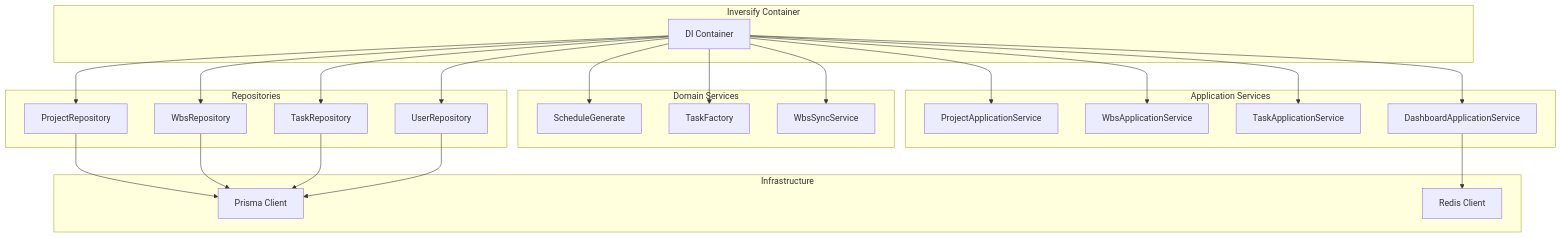
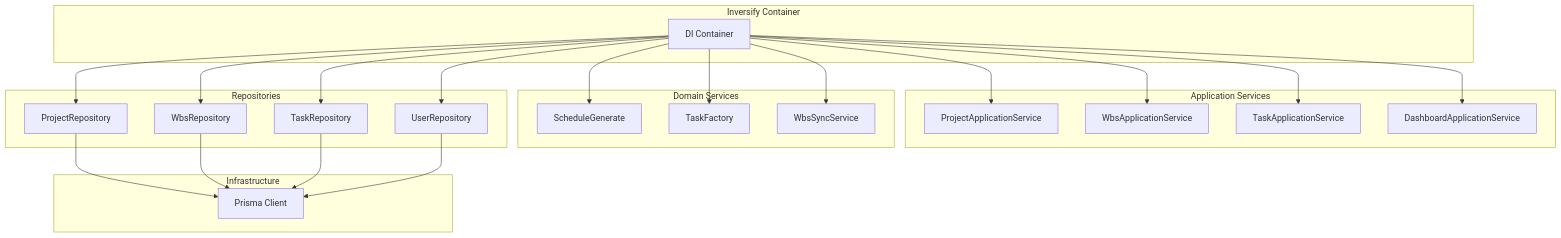
Before and after one commit to yasudaProduct/project-managed-app: the eighth of 12 diagrams in docs/07-system-architecture.md, drawn with Mermaid. The commit also changed other lines of this file and 5 other files, not shown here.

````diff
--- a/docs/07-system-architecture.md
+++ b/docs/07-system-architecture.md
@@ -328,48 +325,46 @@
 ```mermaid
 graph TD
     subgraph "Inversify Container"
         Container[DI Container]
     end
 
     subgraph "Application Services"
         ProjectApp[ProjectApplicationService]
         WbsApp[WbsApplicationService]
         TaskApp[TaskApplicationService]
         DashboardApp[DashboardApplicationService]
     end
 
     subgraph "Domain Services"
         ScheduleGen[ScheduleGenerate]
         TaskFactory[TaskFactory]
         WbsSync[WbsSyncService]
     end
 
     subgraph "Repositories"
         ProjectRepo[ProjectRepository]
         WbsRepo[WbsRepository]
         TaskRepo[TaskRepository]
         UserRepo[UserRepository]
     end
 
     subgraph "Infrastructure"
         Prisma[Prisma Client]
-        Redis[Redis Client]
     end
 
     Container --> ProjectApp
     Container --> WbsApp
     Container --> TaskApp
     Container --> DashboardApp
     Container --> ScheduleGen
     Container --> TaskFactory
     Container --> WbsSync
     Container --> ProjectRepo
     Container --> WbsRepo
     Container --> TaskRepo
     Container --> UserRepo
     ProjectRepo --> Prisma
     WbsRepo --> Prisma
     TaskRepo --> Prisma
     UserRepo --> Prisma
-    DashboardApp --> Redis
 ```
````
